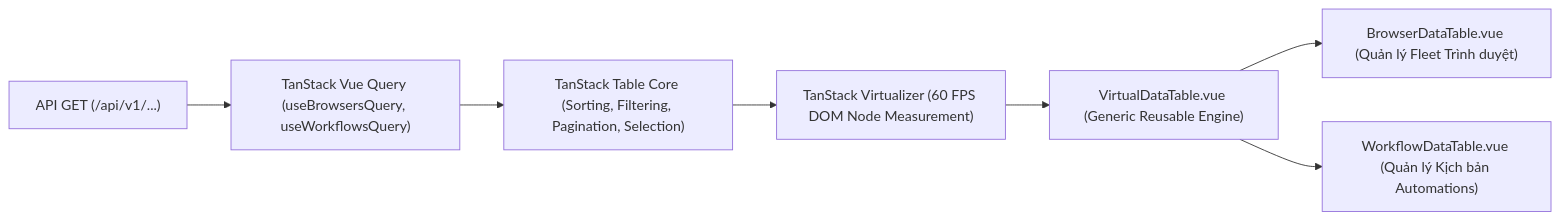
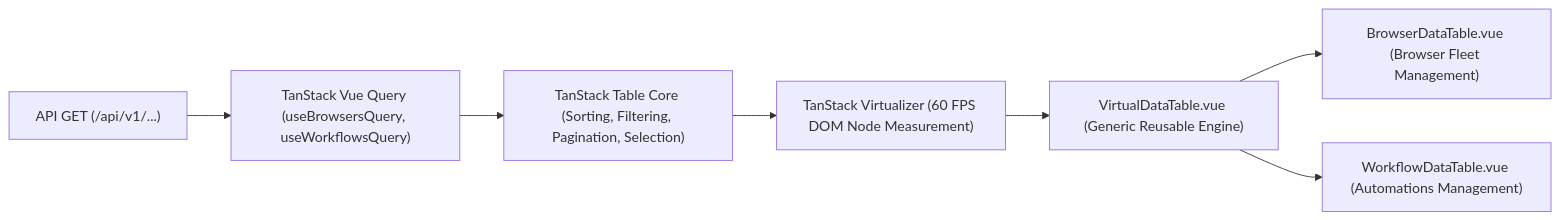
One commit to tuquet/automa changed the second of 2 diagrams in docs/srs/SRS_HORIZONTAL_UI_COMPONENTS.md. Above: the diagram before and after it, drawn with Mermaid. The commit also changed other lines of this file and 26 other files, not shown here.

````diff
--- a/docs/srs/SRS_HORIZONTAL_UI_COMPONENTS.md
+++ b/docs/srs/SRS_HORIZONTAL_UI_COMPONENTS.md
@@ -108,9 +108,9 @@
 ```mermaid
 flowchart LR
     API["API GET (/api/v1/...)"] --> Hook["TanStack Vue Query (useBrowsersQuery, useWorkflowsQuery)"]
     Hook --> TableCore["TanStack Table Core (Sorting, Filtering, Pagination, Selection)"]
     TableCore --> Virtualizer["TanStack Virtualizer (60 FPS DOM Node Measurement)"]
     Virtualizer --> VirtualTable["VirtualDataTable.vue (Generic Reusable Engine)"]
-    VirtualTable --> BrowserTable["BrowserDataTable.vue (Quản lý Fleet Trình duyệt)"]
-    VirtualTable --> WorkflowTable["WorkflowDataTable.vue (Quản lý Kịch bản Automations)"]
+    VirtualTable --> BrowserTable["BrowserDataTable.vue (Browser Fleet Management)"]
+    VirtualTable --> WorkflowTable["WorkflowDataTable.vue (Automations Management)"]
 ```
````
